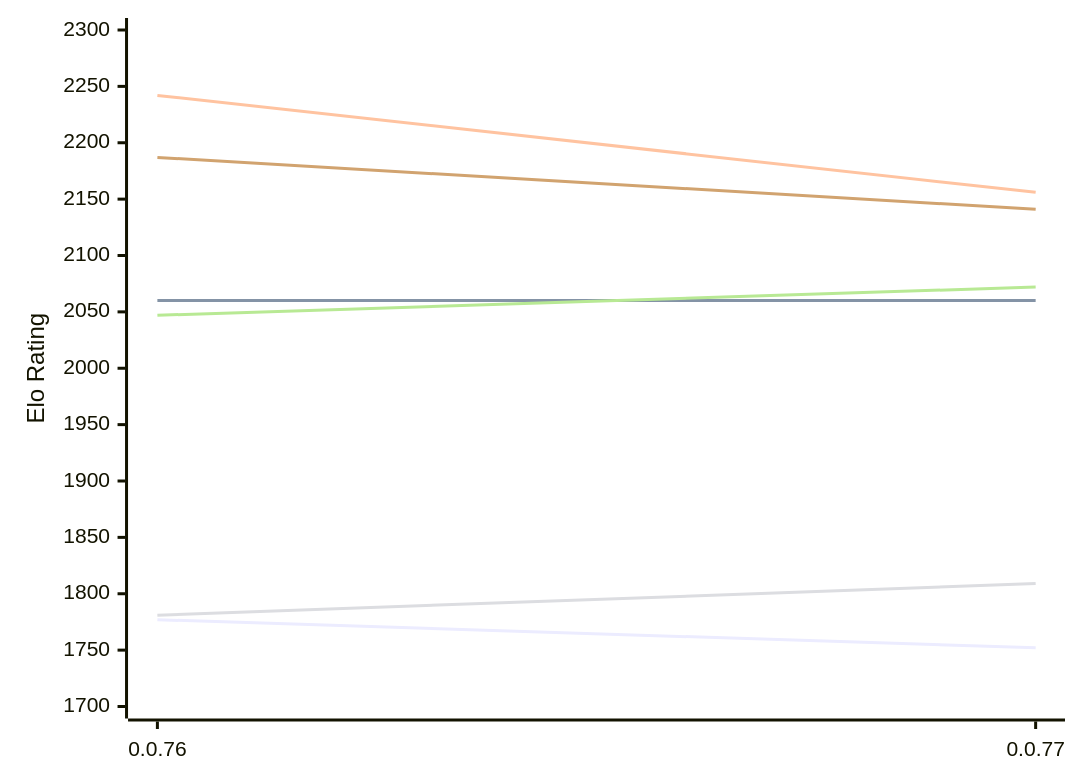
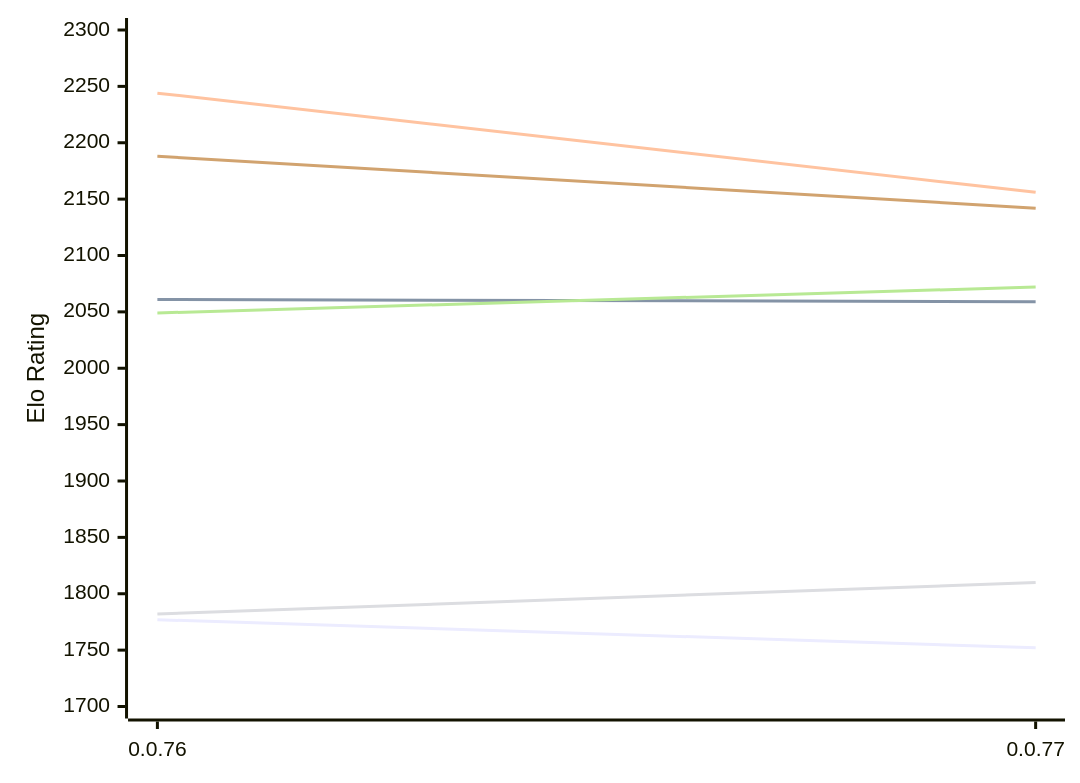
Before and after one commit to computer-chess-index/cci: the first of 2 diagrams in engines/Fktb.md, drawn with Mermaid. The commit also changed other lines of this file, not shown here.

Commit message:
Update CCI Ratings (ELO VLTC) - 2026-11-20

````diff
--- a/engines/Fktb.md
+++ b/engines/Fktb.md
@@ -50,12 +50,12 @@
 ```mermaid
 %%{init: {"theme":"base","themeVariables":{"seriesColors:['#a3a3a3','#222221','#faa371']}}}%%
 xychart-beta
   x-axis ["0.0.76", "0.0.77"]
   y-axis "Elo Rating" 1700 --> 2300
   line "E1: STC (8.0+0.08s)" [1777, 1752]
-  line "E1: LTC (60.0+0.60s)" [2060, 2060]
-  line "E1: VLTC (2m24s+1.12s)" [2242, 2156]
-  line "P1: STC (8.0+0.08s)" [1781, 1809]
-  line "P1: LTC (60.0+0.60s)" [2047, 2072]
-  line "P1: VLTC (2m24s+1.12s)" [2187, 2141]
+  line "E1: LTC (60.0+0.60s)" [2061, 2059]
+  line "E1: VLTC (2m24s+1.12s)" [2244, 2156]
+  line "P1: STC (8.0+0.08s)" [1782, 1810]
+  line "P1: LTC (60.0+0.60s)" [2049, 2072]
+  line "P1: VLTC (2m24s+1.12s)" [2188, 2142]
 ```
````
